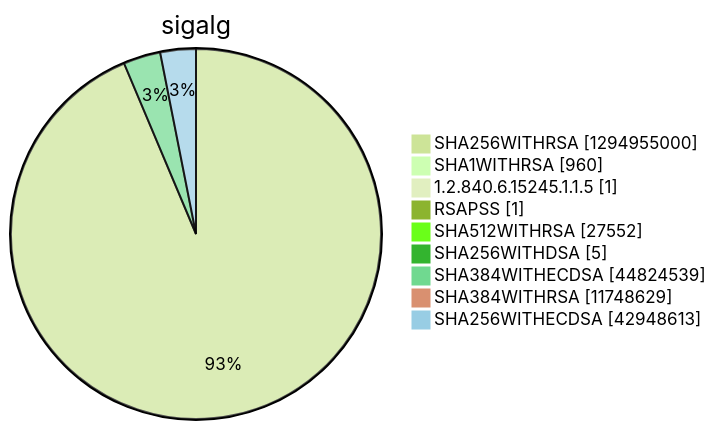
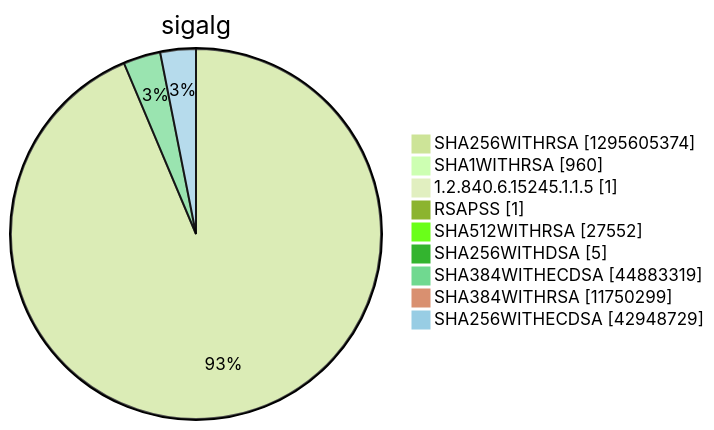
One commit to christiankrug/ctmonitor_visualization changed diagram 15 of 15 in argon2022/README.md. Above: the diagram before and after it, drawn with Mermaid (forest theme). The commit also changed other lines of this file, not shown here.

````diff
--- a/argon2022/README.md
+++ b/argon2022/README.md
@@ -5523,13 +5523,13 @@
 ```mermaid
 pie showData
 title sigalg
-"SHA256WITHRSA" :1294955000
+"SHA256WITHRSA" :1295605374
 "SHA1WITHRSA" :960
 "1.2.840.6.15245.1.1.5" :1
 "RSAPSS" :1
 "SHA512WITHRSA" :27552
 "SHA256WITHDSA" :5
-"SHA384WITHECDSA" :44824539
-"SHA384WITHRSA" :11748629
-"SHA256WITHECDSA" :42948613
+"SHA384WITHECDSA" :44883319
+"SHA384WITHRSA" :11750299
+"SHA256WITHECDSA" :42948729
 ```
````
